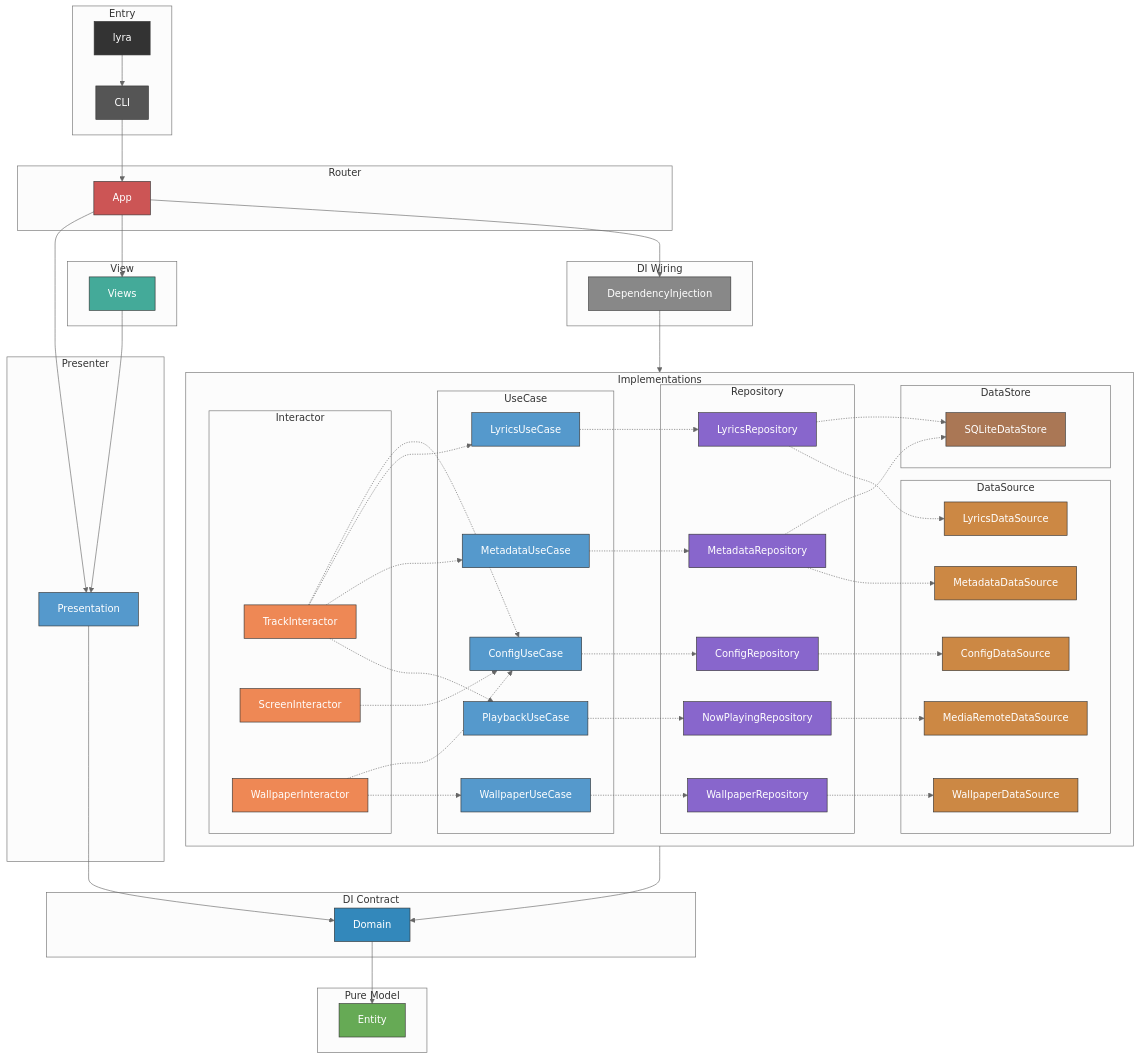
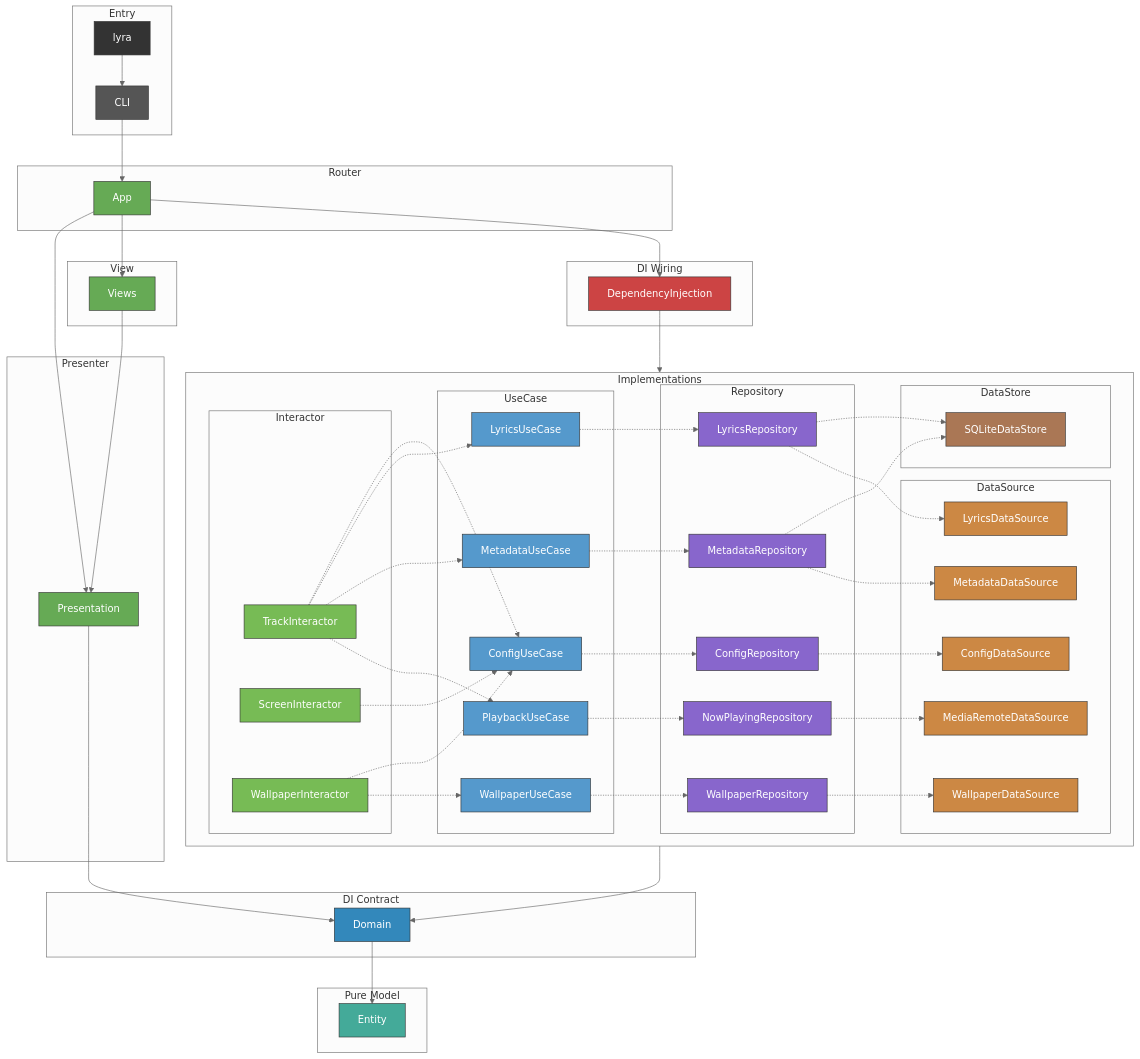
One commit to GeneralD/backdrop changed the diagram in CLAUDE.md. Above: the diagram before and after it, drawn with Mermaid (neutral theme).

Commit message:
docs: revert mermaid diagram colors to original scheme

```diff
--- a/CLAUDE.md
+++ b/CLAUDE.md
@@ -114,14 +114,14 @@
 
     style lyra fill:#333,stroke:#333,color:#fff
     style CLI fill:#555,stroke:#333,color:#fff
-    style App fill:#c55,stroke:#333,color:#fff
-    style Views fill:#4a9,stroke:#333,color:#fff
-    style Presentation fill:#59c,stroke:#333,color:#fff
-    style TrackInteractor fill:#e85,stroke:#333,color:#fff
-    style ScreenInteractor fill:#e85,stroke:#333,color:#fff
-    style WallpaperInteractor fill:#e85,stroke:#333,color:#fff
-    style DependencyInjection fill:#888,stroke:#333,color:#fff
-    style Entity fill:#6a5,stroke:#333,color:#fff
+    style App fill:#6a5,stroke:#333,color:#fff
+    style Views fill:#6a5,stroke:#333,color:#fff
+    style Presentation fill:#6a5,stroke:#333,color:#fff
+    style TrackInteractor fill:#7b5,stroke:#333,color:#fff
+    style ScreenInteractor fill:#7b5,stroke:#333,color:#fff
+    style WallpaperInteractor fill:#7b5,stroke:#333,color:#fff
+    style DependencyInjection fill:#c44,stroke:#333,color:#fff
+    style Entity fill:#4a9,stroke:#333,color:#fff
     style Domain fill:#38b,stroke:#333,color:#fff
     style ConfigUseCase fill:#59c,stroke:#333,color:#fff
     style PlaybackUseCase fill:#59c,stroke:#333,color:#fff
```
